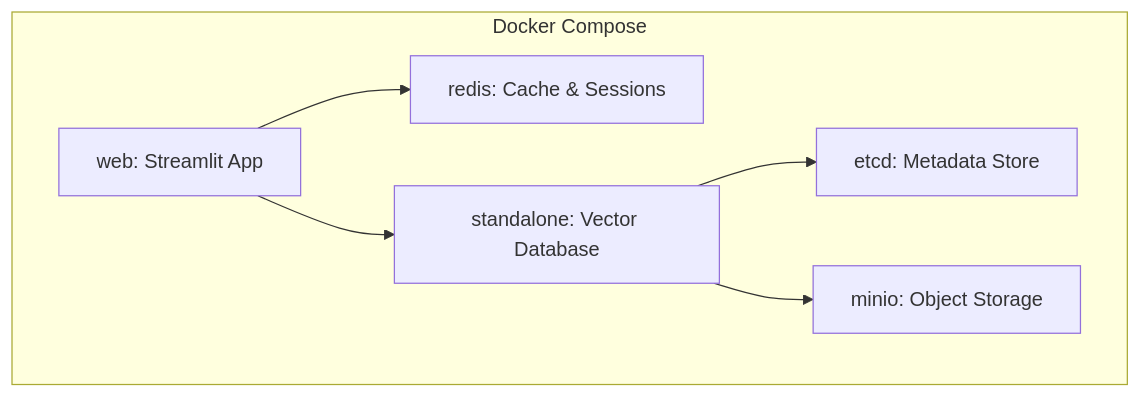
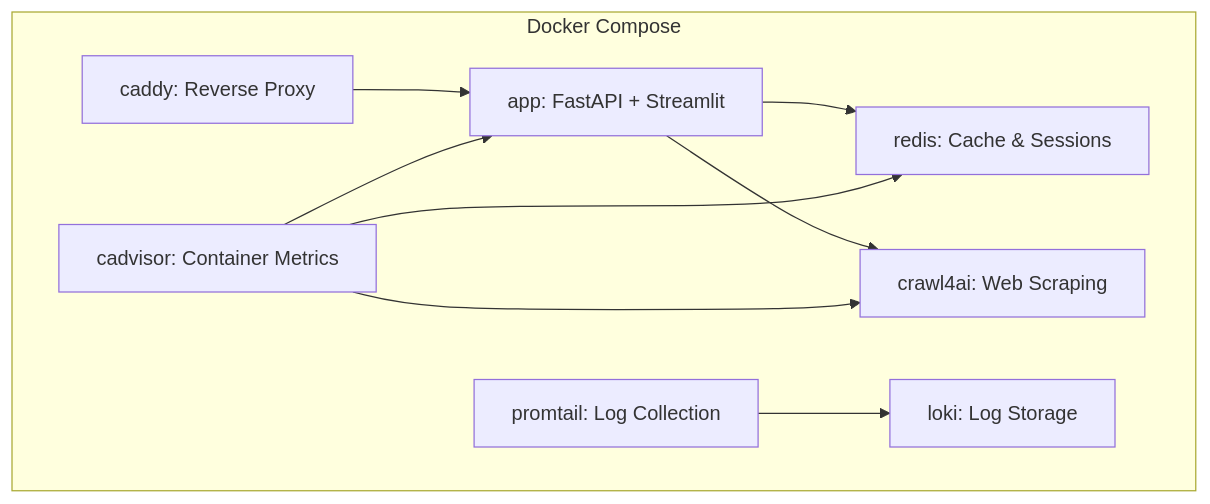
The diagram in docs/deployment/docker.md (virtUOS/askUOS), drawn with Mermaid before and after one commit. The commit also changed other lines of this file and 6 other files, not shown here.

````diff
--- a/docs/deployment/docker.md
+++ b/docs/deployment/docker.md
@@ -7,14 +7,19 @@
 ```mermaid
 graph TB
     subgraph "Docker Compose"
-        Web[web: Streamlit App]
+        App[app: FastAPI + Streamlit]
         Redis[redis: Cache & Sessions]
-        Milvus[standalone: Vector Database]
-        Etcd[etcd: Metadata Store]
-        Minio[minio: Object Storage]
+        Crawl4ai[crawl4ai: Web Scraping]
+        Caddy[caddy: Reverse Proxy]
+        Promtail[promtail: Log Collection]
+        Loki[loki: Log Storage]
+        Cadvisor[cadvisor: Container Metrics]
     end
-    Web --> Redis
-    Web --> Milvus
-    Milvus --> Etcd
-    Milvus --> Minio
+    App --> Redis
+    App --> Crawl4ai
+    Caddy --> App
+    Promtail --> Loki
+    Cadvisor --> App
+    Cadvisor --> Redis
+    Cadvisor --> Crawl4ai
 ```
````
